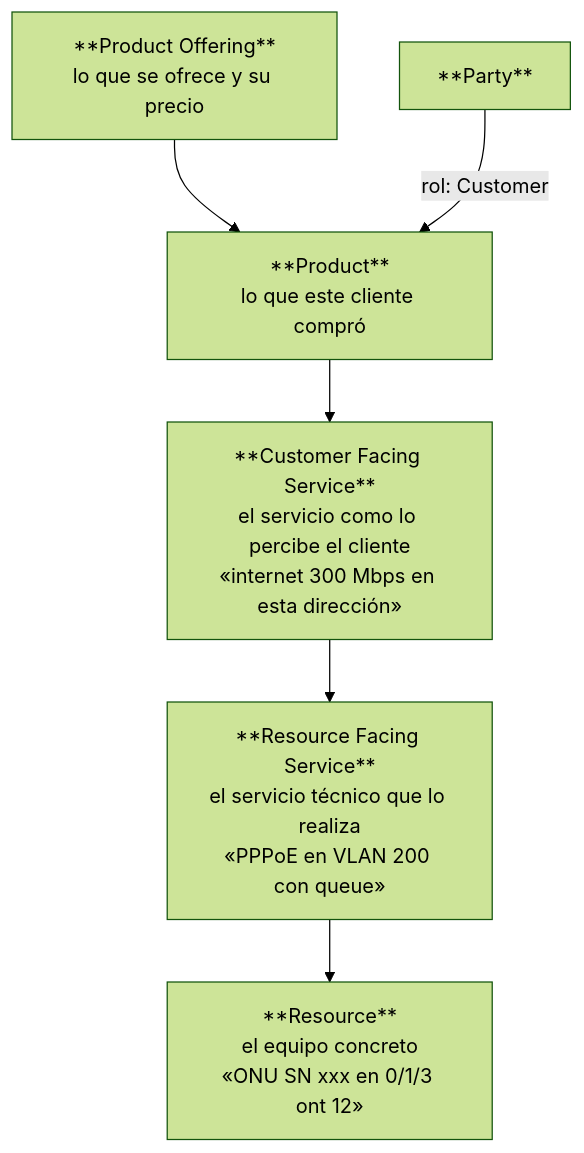
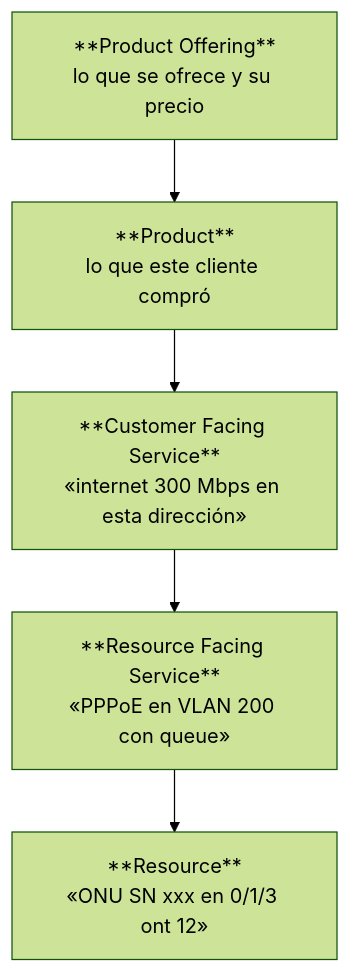
One commit to datafastperu-cmyk/datafast-crm changed the diagram in docs/gobierno/ADR-030-marco-referencia-tmforum.md. Above: the diagram before and after it, drawn with Mermaid (forest theme). The commit also changed other lines of this file and 8 other files, not shown here.

````diff
--- a/docs/gobierno/ADR-030-marco-referencia-tmforum.md
+++ b/docs/gobierno/ADR-030-marco-referencia-tmforum.md
@@ -49,8 +62,7 @@
 ```mermaid
 flowchart TD
     PO["**Product Offering**<br/>lo que se ofrece y su precio"] --> P["**Product**<br/>lo que este cliente compró"]
-    P --> CFS["**Customer Facing Service**<br/>el servicio como lo percibe el cliente<br/>«internet 300 Mbps en esta dirección»"]
-    CFS --> RFS["**Resource Facing Service**<br/>el servicio técnico que lo realiza<br/>«PPPoE en VLAN 200 con queue»"]
-    RFS --> R["**Resource**<br/>el equipo concreto<br/>«ONU SN xxx en 0/1/3 ont 12»"]
-    PARTY["**Party**"] -->|rol: Customer| P
+    P --> CFS["**Customer Facing Service**<br/>«internet 300 Mbps en esta dirección»"]
+    CFS --> RFS["**Resource Facing Service**<br/>«PPPoE en VLAN 200 con queue»"]
+    RFS --> R["**Resource**<br/>«ONU SN xxx en 0/1/3 ont 12»"]
 ```
````
